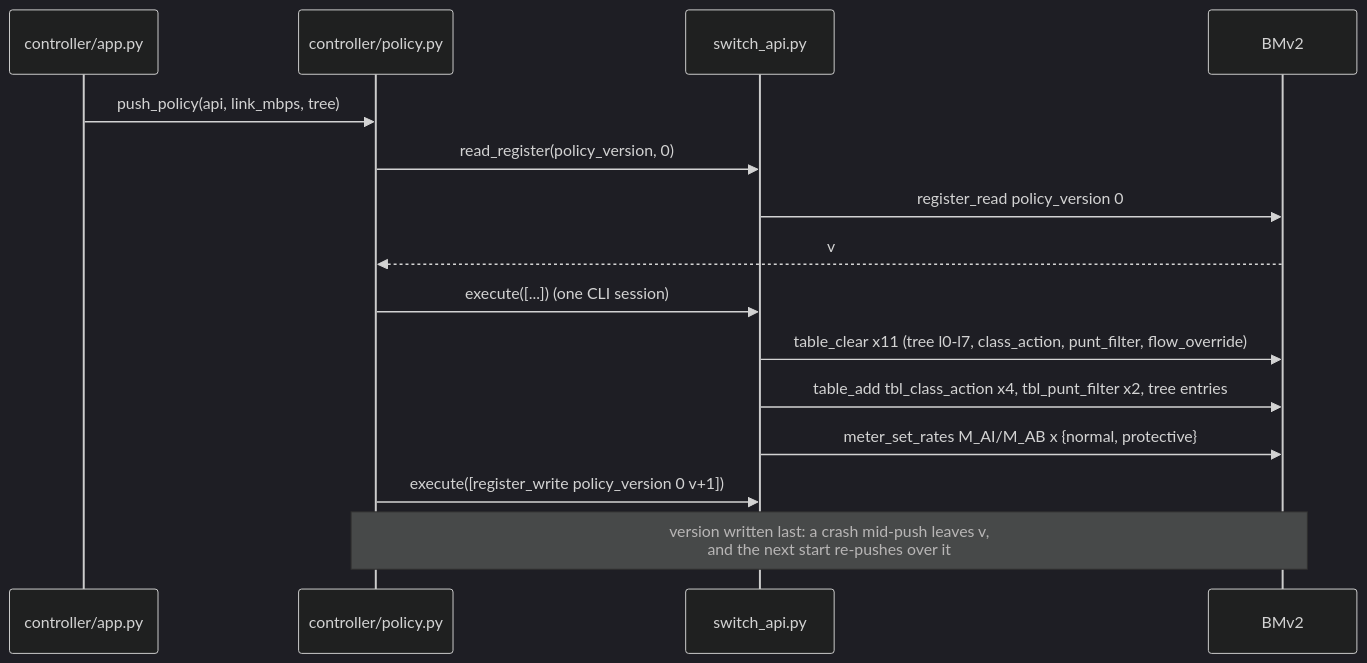
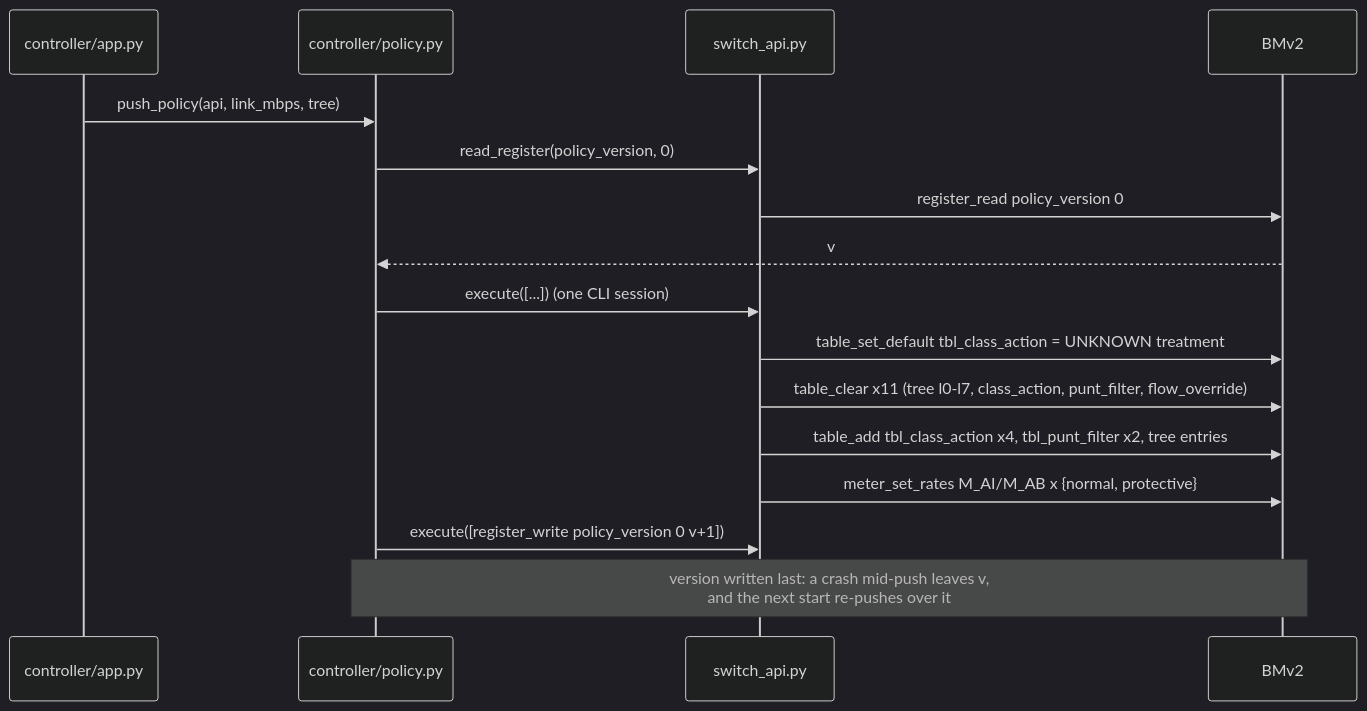
Before and after one commit to ShawShank-Devmption/AgentQOS: the first of 3 diagrams in docs/controller_design.md, drawn with Mermaid (dark theme). The commit also changed other lines of this file and 4 other files, not shown here.

Commit message:
fix: set tbl_class_action default to UNKNOWN treatment before re-push clears it

````diff
--- a/docs/controller_design.md
+++ b/docs/controller_design.md
@@ -14,17 +14,18 @@
 ```mermaid
 sequenceDiagram
     participant App as controller/app.py
     participant Pol as controller/policy.py
     participant API as switch_api.py
     participant SW as BMv2
     App->>Pol: push_policy(api, link_mbps, tree)
     Pol->>API: read_register(policy_version, 0)
     API->>SW: register_read policy_version 0
     SW-->>Pol: v
     Pol->>API: execute([...]) (one CLI session)
+    API->>SW: table_set_default tbl_class_action = UNKNOWN treatment
     API->>SW: table_clear x11 (tree l0-l7, class_action, punt_filter, flow_override)
     API->>SW: table_add tbl_class_action x4, tbl_punt_filter x2, tree entries
     API->>SW: meter_set_rates M_AI/M_AB x {normal, protective}
     Pol->>API: execute([register_write policy_version 0 v+1])
     Note over Pol,SW: version written last: a crash mid-push leaves v,<br/>and the next start re-pushes over it
 ```
````
